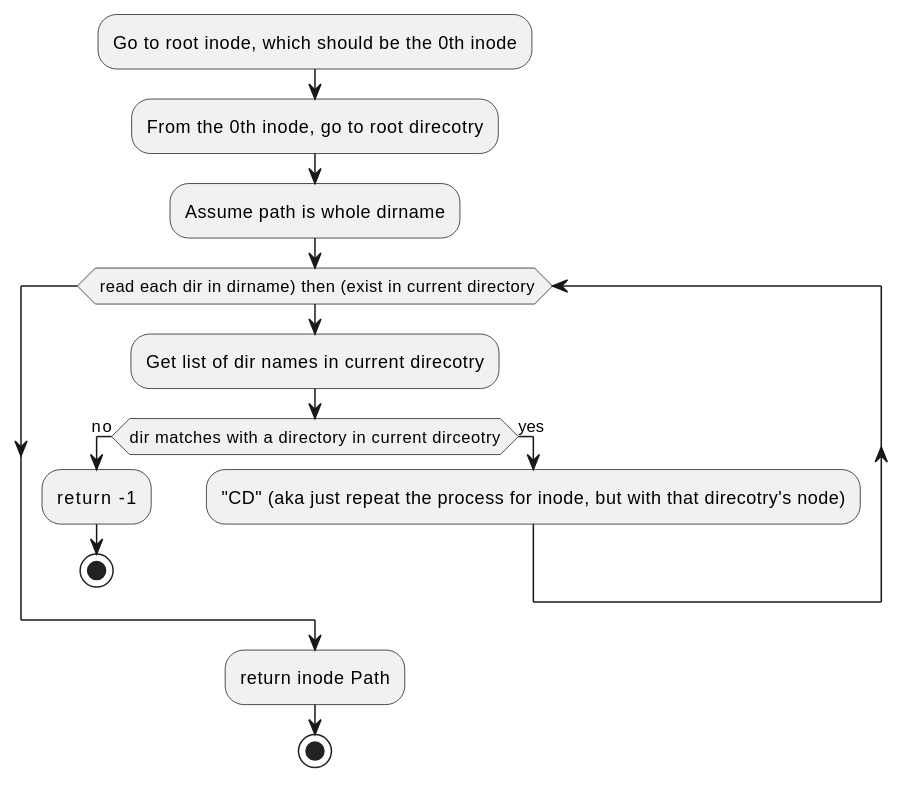
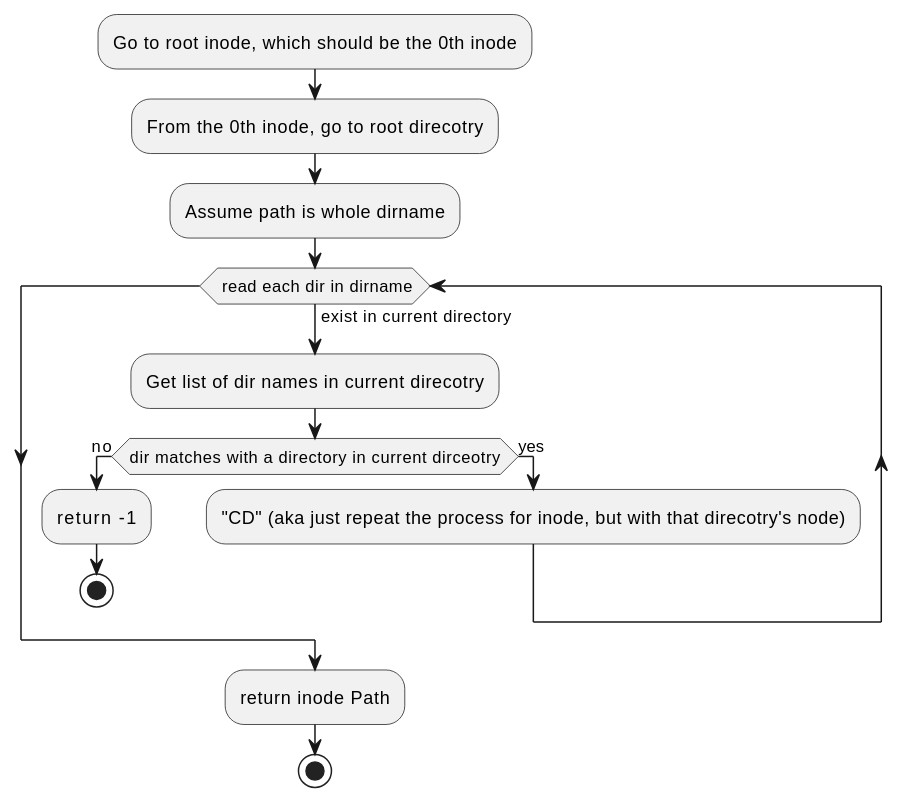
One commit to HawaiinPizza/CIS-450-final-project changed the fourth of 20 diagrams in Plan.org. Above: the diagram before and after it, drawn with PlantUML. The commit also changed 5 other files, not shown here.

```diff
--- a/Plan.org
+++ b/Plan.org
@@ -370,20 +370,20 @@
       #+BEGIN_SRC plantuml  :file Plant/getDirPath.png
       @startuml
       :Go to root inode, which should be the 0th inode;
       :From the 0th inode, go to root direcotry;
       :Assume path is whole dirname;
-	while( read each dir in dirname) then (exist in current directory)
+	while( read each dir in dirname) is (exist in current directory)
 		:Get list of dir names in current direcotry;
 		if(dir matches with a directory in current dirceotry) then (no)
 			:return  -1;
 			stop
 		else (yes)
 			:"CD" (aka just repeat the process for inode, but with that direcotry's node);
 		endif
 	endwhile
 	:return inode Path;
 	stop
       
      
 	@enduml
       #+END_SRC
```
